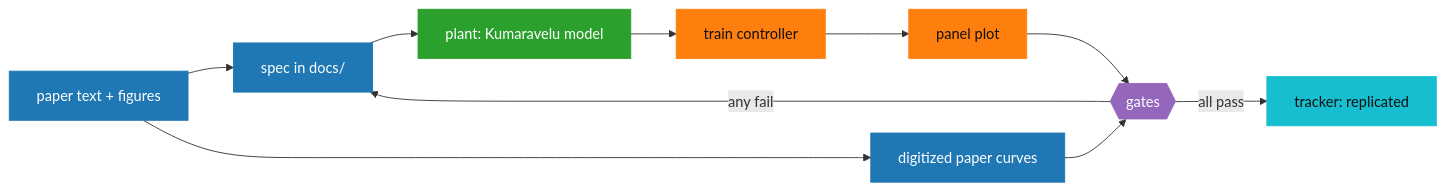
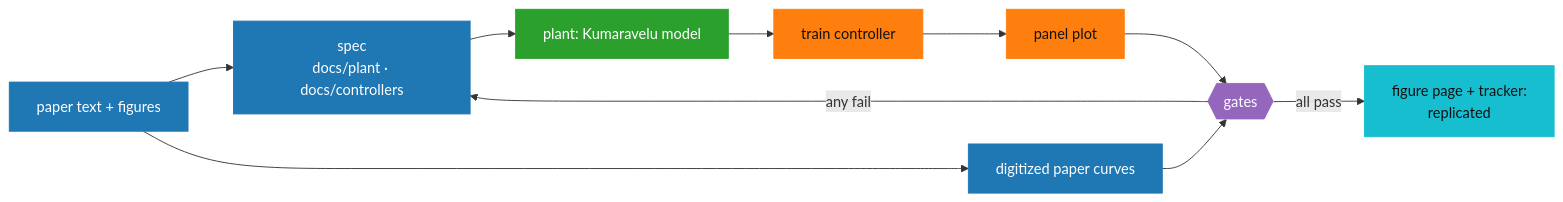
One commit to nynxlabs/rl-adaptive-dbs changed the diagram in docs/diagrams/pipeline.mmd. Above: the diagram before and after it, drawn with Mermaid. The commit also changed 4 other files, not shown here.

First line of the commit message:
Label the pipeline diagram with the new docs layout and list it in docs/index.md

```diff
--- a/docs/diagrams/pipeline.mmd
+++ b/docs/diagrams/pipeline.mmd
@@ -1,18 +1,18 @@
 %% How we check: every panel is rebuilt from the paper and scored against
 %% curves digitized from the paper's own figure.
 flowchart LR
-  P["paper text + figures"]:::input --> S["spec in docs/"]:::input
+  P["paper text + figures"]:::input --> S["spec<br/>docs/plant · docs/controllers"]:::input
   P --> D["digitized paper curves"]:::input
   S --> M["plant: Kumaravelu model"]:::plant
   M --> T["train controller"]:::train
   T --> F["panel plot"]:::train
   F --> G{{"gates"}}:::gate
   D --> G
-  G -- "all pass" --> R["tracker: replicated"]:::tracker
+  G -- "all pass" --> R["figure page + tracker:<br/>replicated"]:::tracker
   G -- "any fail" --> S
 
   classDef input fill:#1f77b4,stroke:#1f77b4,color:#ffffff
   classDef plant fill:#2ca02c,stroke:#2ca02c,color:#ffffff
   classDef train fill:#ff7f0e,stroke:#ff7f0e,color:#111111
   classDef gate fill:#9467bd,stroke:#9467bd,color:#ffffff
   classDef tracker fill:#17becf,stroke:#17becf,color:#111111
```
